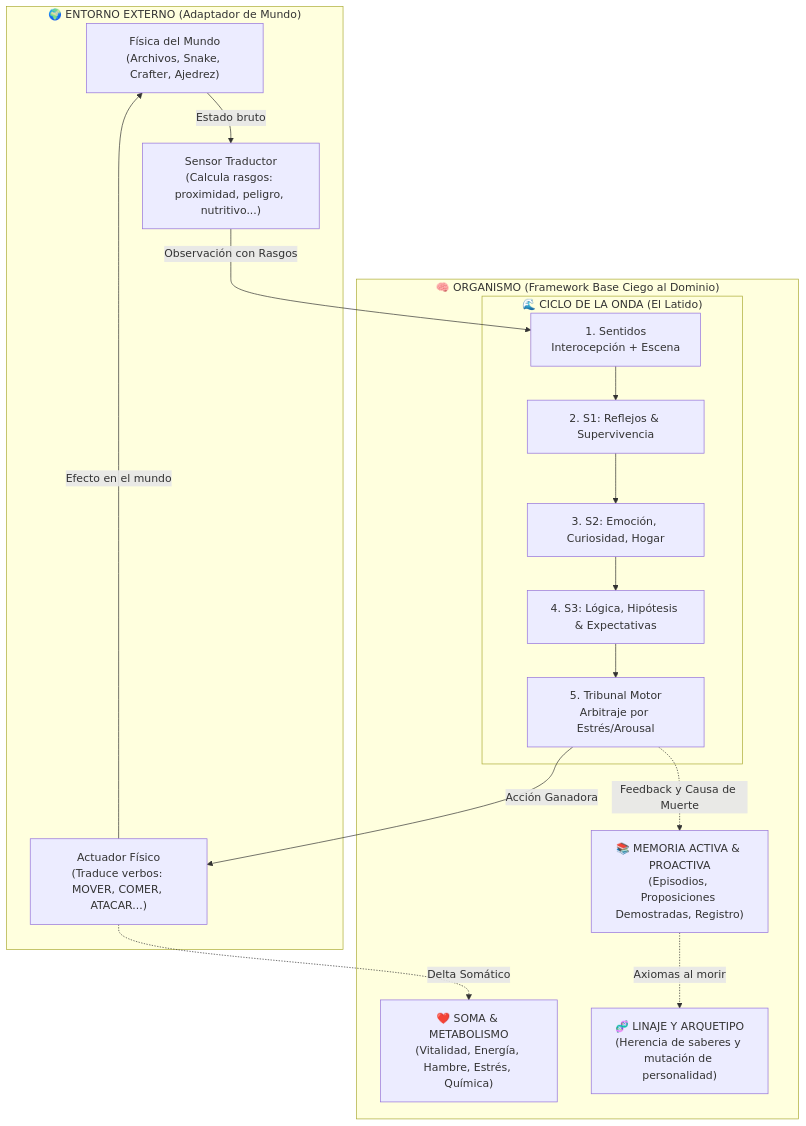
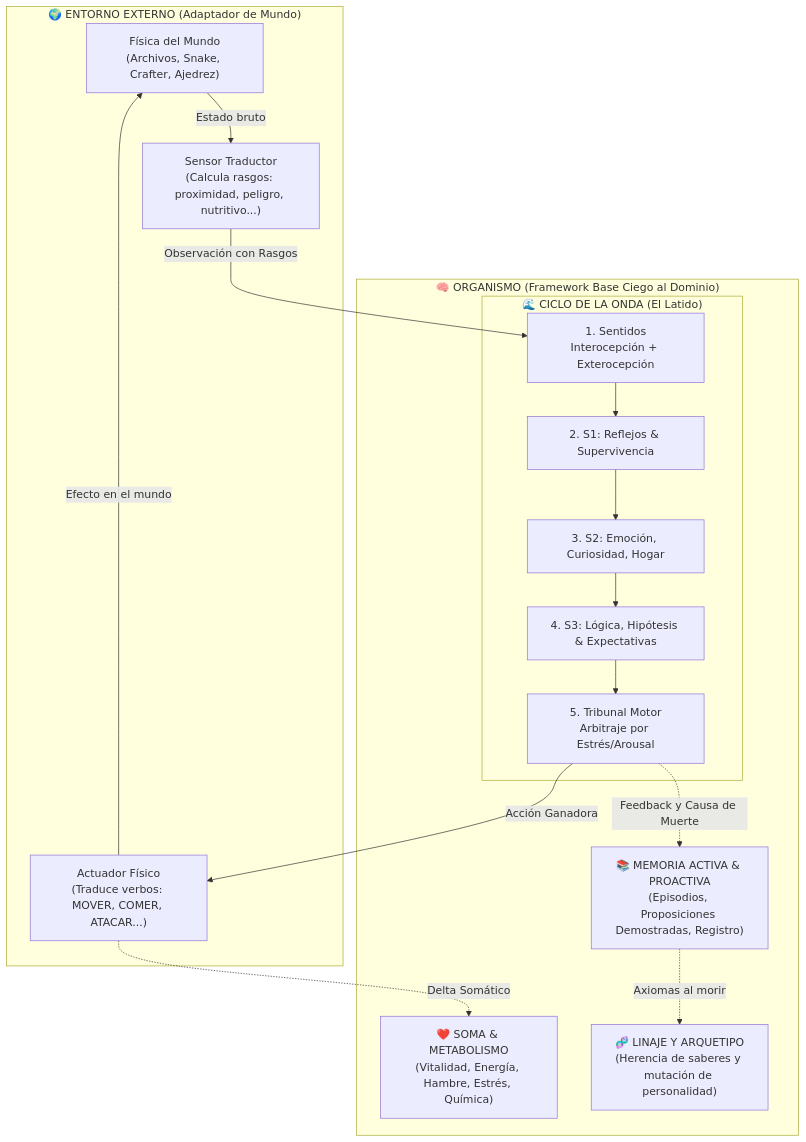
Before and after one commit to diegorodriguezreija/IdA: the diagram in doc-repositorio/README.md, drawn with Mermaid. The commit also changed 1 other file, not shown here.

Commit message:
docs: nombres del bloque A en 02_ARQUITECTURA y README de doc-repositorio
Escena pasa a Exterocepcion, ef["Ejecucion"] a ef["Accion"], y el
diagrama del latido muestra al Marcapasos fijando frecuencia y amplitud
de la Onda (antes, presupuesto de Soma).

````diff
--- a/doc-repositorio/README.md
+++ b/doc-repositorio/README.md
@@ -46,30 +46,30 @@
 ```mermaid
 flowchart TD
     subgraph MUNDO [" 🌍 ENTORNO EXTERNO (Adaptador de Mundo) "]
         Fisica["Física del Mundo\n(Archivos, Snake, Crafter, Ajedrez)"]
         Sensor["Sensor Traductor\n(Calcula rasgos: proximidad, peligro, nutritivo...)"]
         Actuador["Actuador Físico\n(Traduce verbos: MOVER, COMER, ATACAR...)"]
     end
 
     subgraph CORE [" 🧠 ORGANISMO (Framework Base Ciego al Dominio) "]
         Soma["❤️ SOMA & METABOLISMO\n(Vitalidad, Energía, Hambre, Estrés, Química)"]
         
         subgraph ONDA [" 🌊 CICLO DE LA ONDA (El Latido) "]
-            Sentir["1. Sentidos\nInterocepción + Escena"] --> S1["2. S1: Reflejos & Supervivencia"]
+            Sentir["1. Sentidos\nInterocepción + Exterocepción"] --> S1["2. S1: Reflejos & Supervivencia"]
             S1 --> S2["3. S2: Emoción, Curiosidad, Hogar"]
             S2 --> S3["4. S3: Lógica, Hipótesis & Expectativas"]
             S3 --> Tribunal["5. Tribunal Motor\nArbitraje por Estrés/Arousal"]
         end
 
         Memoria["📚 MEMORIA ACTIVA & PROACTIVA\n(Episodios, Proposiciones Demostradas, Registro)"]
         Linaje["🧬 LINAJE Y ARQUETIPO\n(Herencia de saberes y mutación de personalidad)"]
     end
 
     Fisica -->|Estado bruto| Sensor
     Sensor -->|Observación con Rasgos| Sentir
     Tribunal -->|Acción Ganadora| Actuador
     Actuador -->|Efecto en el mundo| Fisica
     Actuador -.->|Delta Somático| Soma
     Tribunal -.->|Feedback y Causa de Muerte| Memoria
     Memoria -.->|Axiomas al morir| Linaje
 ```
````
